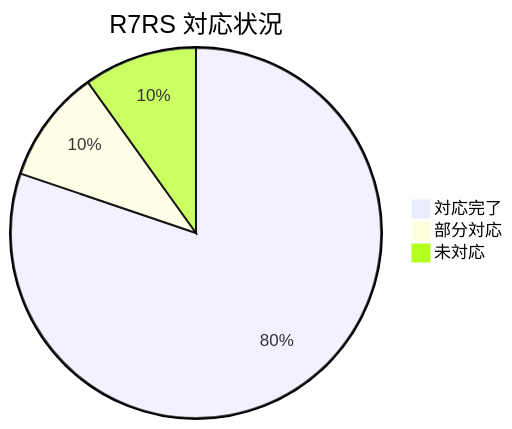
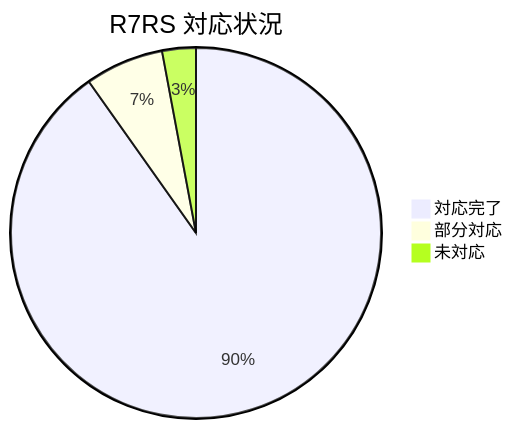
One commit to suchi/sucheme-go changed the diagram in docs/r7rs-compliance.md. Above: the diagram before and after it, drawn with Mermaid. The commit also changed other lines of this file and 4 other files, not shown here.

````diff
--- a/docs/r7rs-compliance.md
+++ b/docs/r7rs-compliance.md
@@ -7,6 +7,6 @@
 ```mermaid
 pie title R7RS 対応状況
-    "対応完了" : 81
-    "部分対応" : 10
-    "未対応" : 10
+    "対応完了" : 92
+    "部分対応" : 7
+    "未対応" : 3
 ```
````
